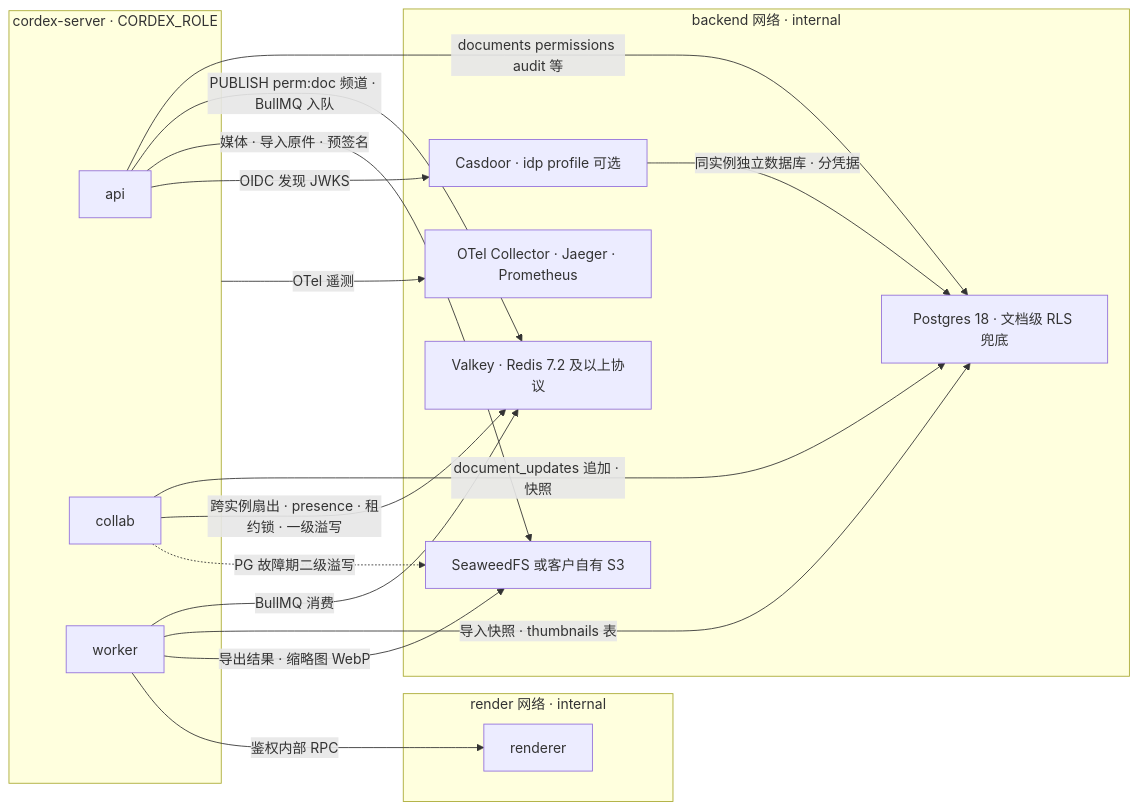
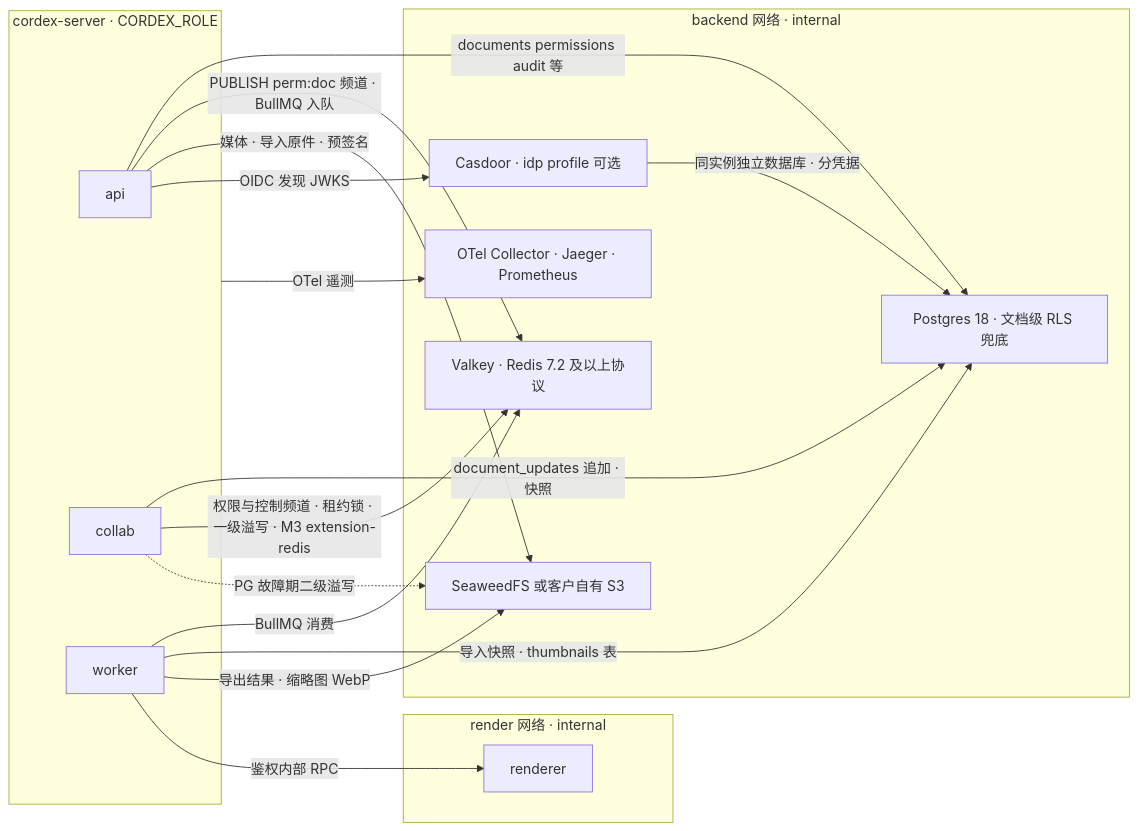
Before and after one commit to Xeonice/cordis-ppt-editor: the third of 36 diagrams in docs/40-modules/18-atlas-system-and-frontend.md, drawn with Mermaid. The commit also changed other lines of this file and 78 other files, not shown here.

````diff
--- a/docs/40-modules/18-atlas-system-and-frontend.md
+++ b/docs/40-modules/18-atlas-system-and-frontend.md
@@ -103,31 +103,31 @@
 ```mermaid
 flowchart LR
   subgraph roles["cordex-server · CORDEX_ROLE"]
     apiR["api"]
     collabR["collab"]
     workerR["worker"]
   end
   subgraph backendNet["backend 网络 · internal"]
     pg["Postgres 18 · 文档级 RLS 兜底"]
     valkey["Valkey · Redis 7.2 及以上协议"]
     s3["SeaweedFS 或客户自有 S3"]
     casdoor["Casdoor · idp profile 可选"]
     obs["OTel Collector · Jaeger · Prometheus"]
   end
   subgraph renderNet2["render 网络 · internal"]
     rendererR["renderer"]
   end
   apiR -- "documents permissions audit 等" --> pg
   apiR -- "PUBLISH perm:doc 频道 · BullMQ 入队" --> valkey
   apiR -- "媒体 · 导入原件 · 预签名" --> s3
   collabR -- "document_updates 追加 · 快照" --> pg
-  collabR -- "跨实例扇出 · presence · 租约锁 · 一级溢写" --> valkey
+  collabR -- "权限与控制频道 · 租约锁 · 一级溢写 · M3 extension-redis" --> valkey
   collabR -. "PG 故障期二级溢写" .-> s3
   workerR -- "BullMQ 消费" --> valkey
   workerR -- "导入快照 · thumbnails 表" --> pg
   workerR -- "导出结果 · 缩略图 WebP" --> s3
   workerR -- "鉴权内部 RPC" --> rendererR
   apiR -- "OIDC 发现 JWKS" --> casdoor
   casdoor -- "同实例独立数据库 · 分凭据" --> pg
   roles -- "OTel 遥测" --> obs
 ```
````
